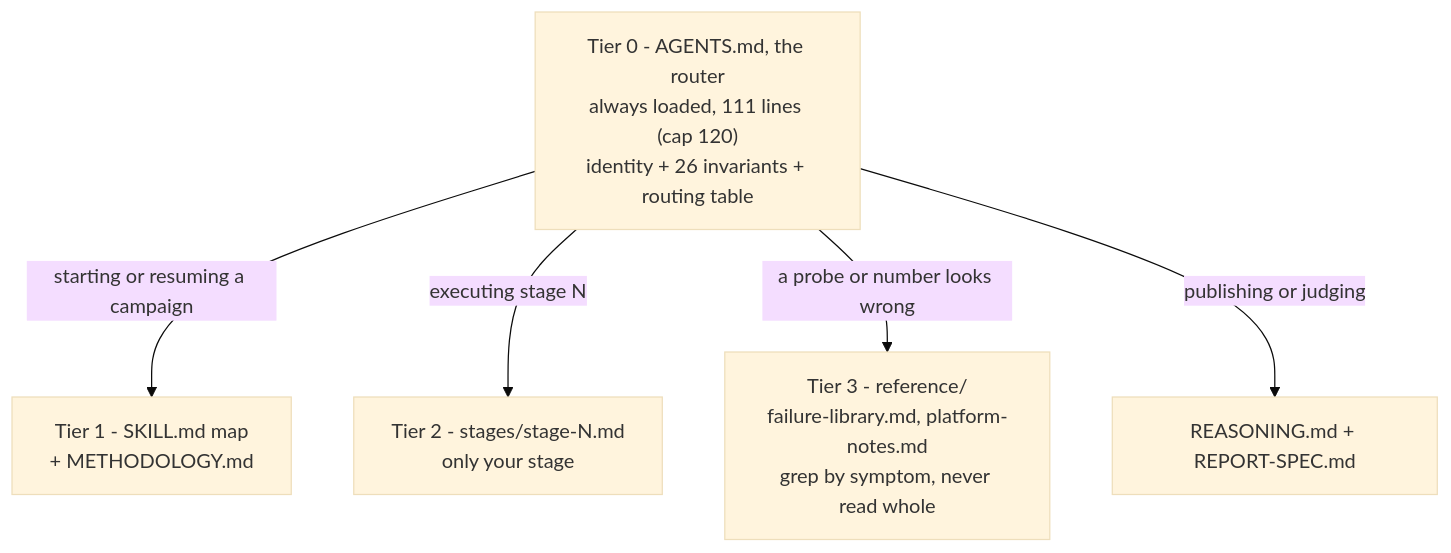
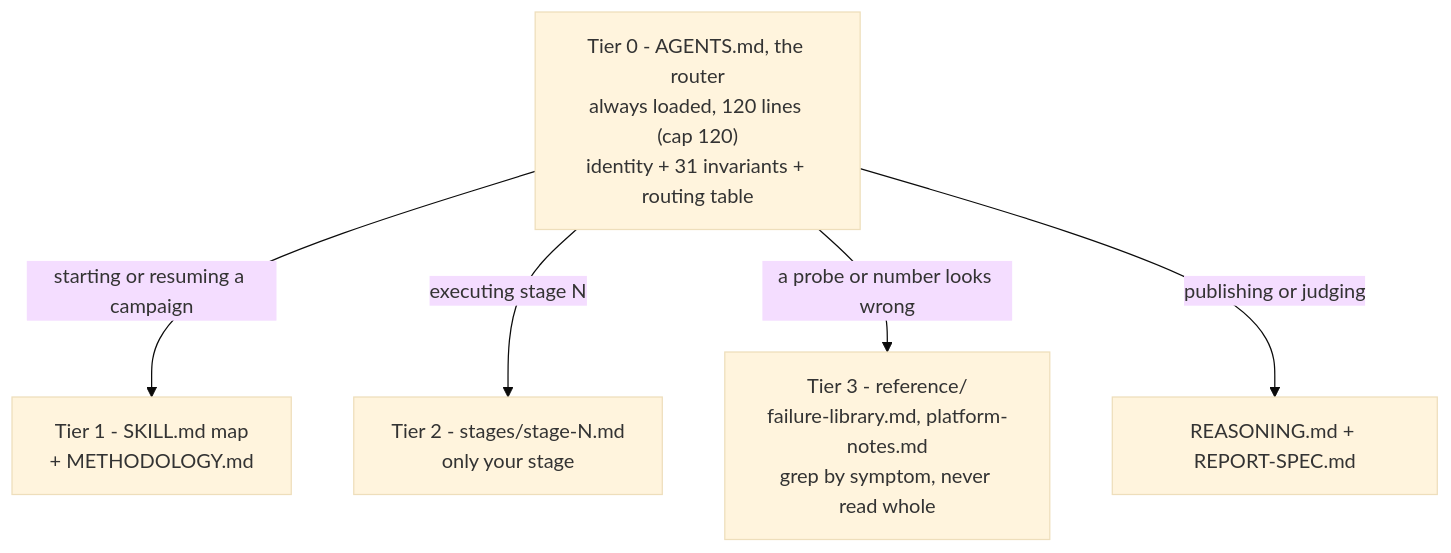
Before and after one commit to chinkeong/measured-inference: the third of 3 diagrams in docs/ARCHITECTURE.md, drawn with Mermaid (base theme). The commit also changed other lines of this file and 17 other files, not shown here.

````diff
--- a/docs/ARCHITECTURE.md
+++ b/docs/ARCHITECTURE.md
@@ -76,8 +76,8 @@
 ```mermaid
 flowchart TD
-  T0["Tier 0 - AGENTS.md, the router\nalways loaded, 111 lines (cap 120)\nidentity + 26 invariants + routing table"]
+  T0["Tier 0 - AGENTS.md, the router\nalways loaded, 120 lines (cap 120)\nidentity + 31 invariants + routing table"]
   T0 -->|"starting or resuming a campaign"| T1["Tier 1 - SKILL.md map\n+ METHODOLOGY.md"]
   T0 -->|"executing stage N"| T2["Tier 2 - stages/stage-N.md\nonly your stage"]
   T0 -->|"a probe or number looks wrong"| T3["Tier 3 - reference/\nfailure-library.md, platform-notes.md\ngrep by symptom, never read whole"]
   T0 -->|"publishing or judging"| T4["REASONING.md + REPORT-SPEC.md"]
 ```
````
